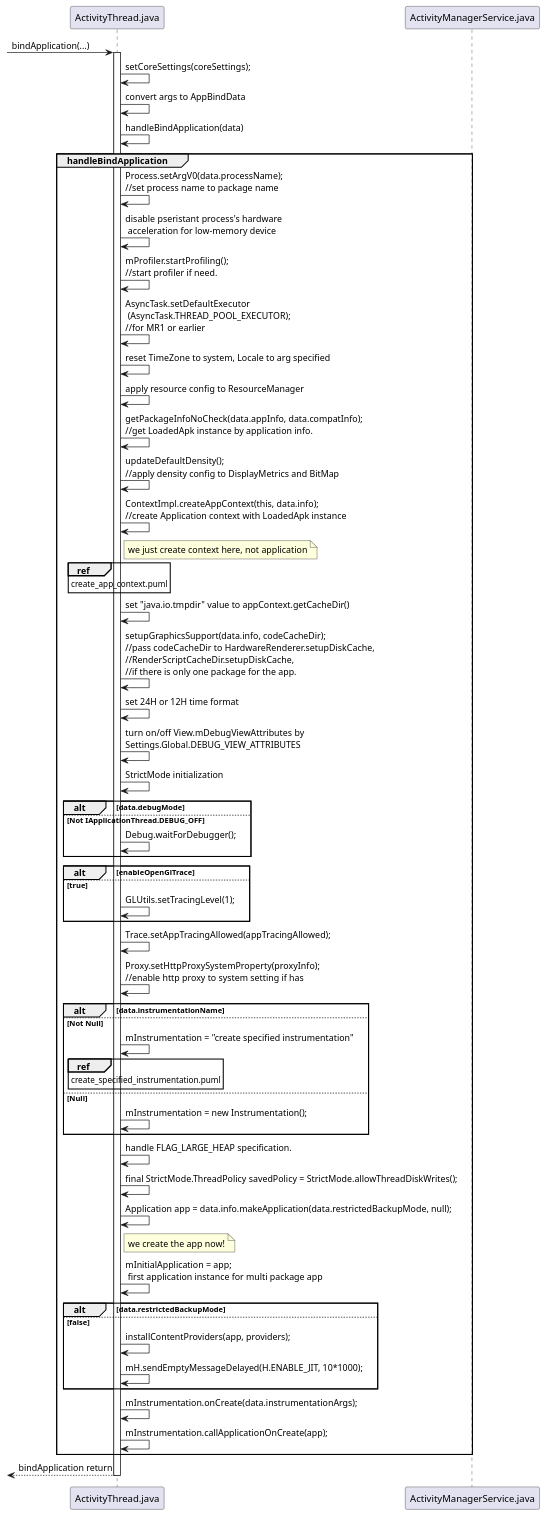
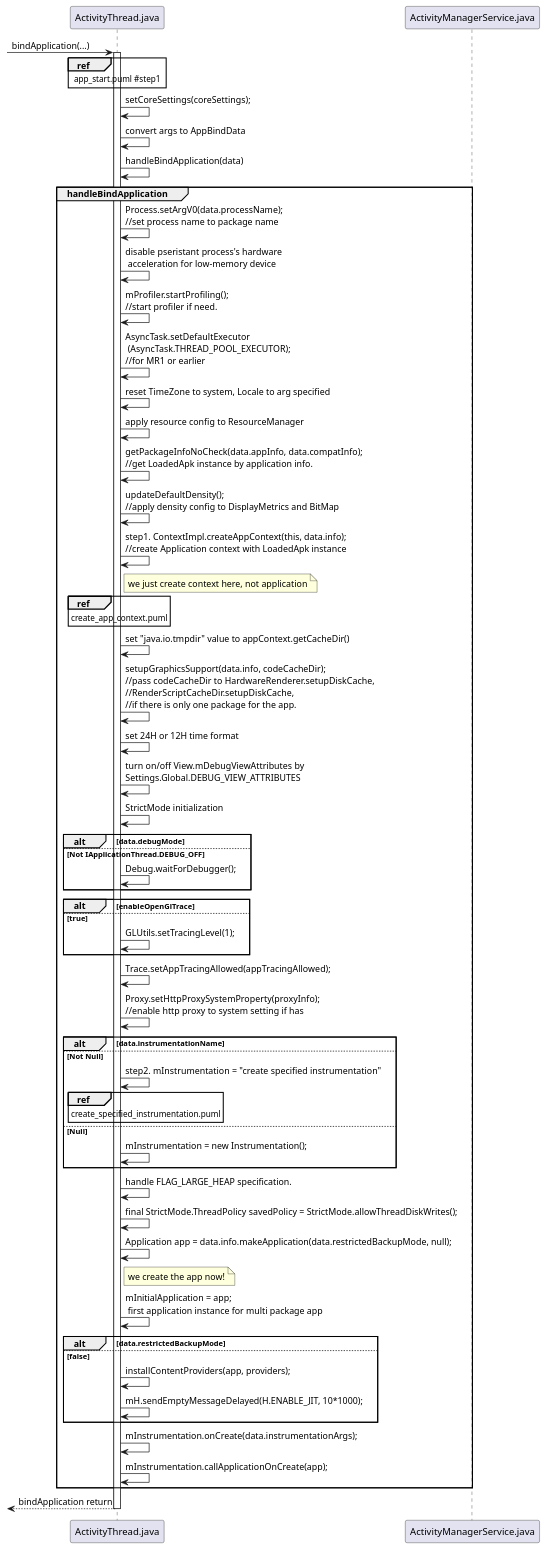
Before and after one commit to heavy-james/AndroidStartSequence: the diagram in uml/7_app_start/bind_application.puml, drawn with PlantUML. The commit also changed 8 other files, not shown here.

Commit message:
complete activity start umls

```diff
--- a/uml/7_app_start/bind_application.puml
+++ b/uml/7_app_start/bind_application.puml
@@ -1,118 +1,120 @@
 @startuml
 participant ActivityThread as "ActivityThread.java"
 participant ActivityManagerService as "ActivityManagerService.java"
 
 
 -> ActivityThread : bindApplication(...)
+
+ref over ActivityThread : app_start.puml #step1
 
 deactivate ActivityManagerService
 
 activate ActivityThread
 
 
 ActivityThread -> ActivityThread : setCoreSettings(coreSettings);
 
 ActivityThread -> ActivityThread : convert args to AppBindData
 
 ActivityThread -> ActivityThread : handleBindApplication(data)
 
 group handleBindApplication
 
     ActivityThread -> ActivityThread : Process.setArgV0(data.processName);\
     \n//set process name to package name
 
     ActivityThread -> ActivityThread : disable pseristant process's hardware\
     \n acceleration for low-memory device
 
     ActivityThread -> ActivityThread : mProfiler.startProfiling();\
     \n//start profiler if need.
 
     ActivityThread -> ActivityThread : AsyncTask.setDefaultExecutor\
     \n (AsyncTask.THREAD_POOL_EXECUTOR);\
     \n//for MR1 or earlier
 
     ActivityThread -> ActivityThread : reset TimeZone to system, Locale to arg specified
 
     ActivityThread -> ActivityThread : apply resource config to ResourceManager
 
     ActivityThread -> ActivityThread : getPackageInfoNoCheck(data.appInfo, data.compatInfo);\
     \n//get LoadedApk instance by application info.
 
     ActivityThread -> ActivityThread : updateDefaultDensity();\
     \n//apply density config to DisplayMetrics and BitMap
 
-    ActivityThread -> ActivityThread : ContextImpl.createAppContext(this, data.info);\
+    ActivityThread -> ActivityThread : step1. ContextImpl.createAppContext(this, data.info);\
     \n//create Application context with LoadedApk instance
 
     note right of ActivityThread : we just create context here, not application
 
     ref over ActivityThread : create_app_context.puml
 
     ActivityThread -> ActivityThread : set "java.io.tmpdir" value to appContext.getCacheDir()
 
     ActivityThread -> ActivityThread : setupGraphicsSupport(data.info, codeCacheDir);\
     \n//pass codeCacheDir to HardwareRenderer.setupDiskCache,\
     \n//RenderScriptCacheDir.setupDiskCache,\
     \n//if there is only one package for the app.
 
     ActivityThread -> ActivityThread : set 24H or 12H time format
 
     ActivityThread -> ActivityThread : turn on/off View.mDebugViewAttributes by\
     \nSettings.Global.DEBUG_VIEW_ATTRIBUTES
 
     ActivityThread -> ActivityThread : StrictMode initialization
 
     alt data.debugMode
     else Not IApplicationThread.DEBUG_OFF
 
         ActivityThread -> ActivityThread : Debug.waitForDebugger();
 
     end
 
     alt enableOpenGlTrace
     else true
         ActivityThread -> ActivityThread : GLUtils.setTracingLevel(1);
     end
 
     ActivityThread -> ActivityThread : Trace.setAppTracingAllowed(appTracingAllowed);
 
     ActivityThread -> ActivityThread : Proxy.setHttpProxySystemProperty(proxyInfo);\
     \n//enable http proxy to system setting if has
 
 
     alt data.instrumentationName
     else Not Null
-        ActivityThread -> ActivityThread : mInstrumentation = "create specified instrumentation"
+        ActivityThread -> ActivityThread : step2. mInstrumentation = "create specified instrumentation"
 
         ref over ActivityThread : create_specified_instrumentation.puml
     else Null
 
         ActivityThread -> ActivityThread : mInstrumentation = new Instrumentation();
     end
 
     ActivityThread -> ActivityThread : handle FLAG_LARGE_HEAP specification.
 
     ActivityThread -> ActivityThread : final StrictMode.ThreadPolicy savedPolicy = StrictMode.allowThreadDiskWrites();
 
     ActivityThread -> ActivityThread : Application app = data.info.makeApplication(data.restrictedBackupMode, null);
 
     note right of ActivityThread : we create the app now!
 
     ActivityThread -> ActivityThread : mInitialApplication = app;\
     \n first application instance for multi package app
 
     alt data.restrictedBackupMode
     else false
         ActivityThread -> ActivityThread : installContentProviders(app, providers);
         ActivityThread -> ActivityThread : mH.sendEmptyMessageDelayed(H.ENABLE_JIT, 10*1000);
     end
 
     ActivityThread -> ActivityThread : mInstrumentation.onCreate(data.instrumentationArgs);
 
     ActivityThread -> ActivityThread : mInstrumentation.callApplicationOnCreate(app);
 end
 
  <-- ActivityThread : bindApplication return
 
 deactivate ActivityThread
 @enduml
```
